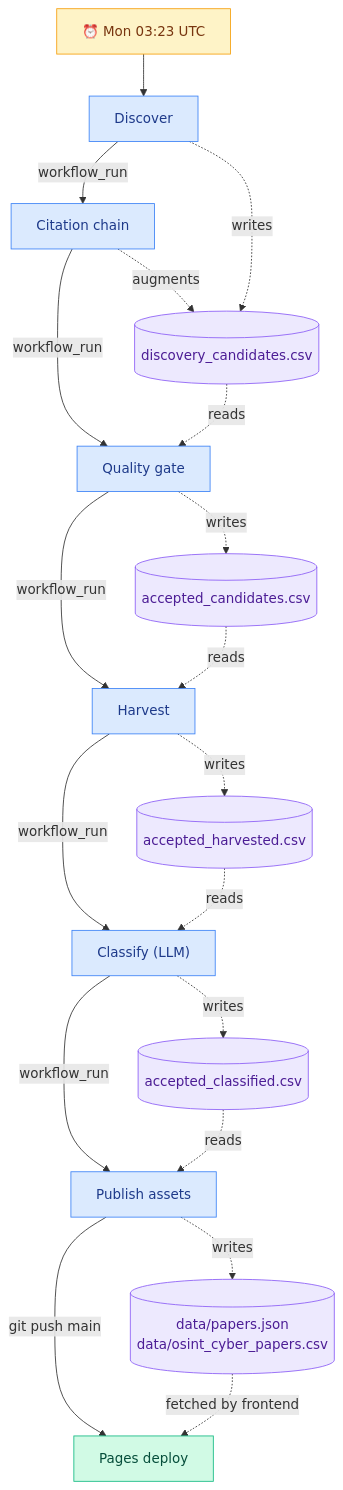
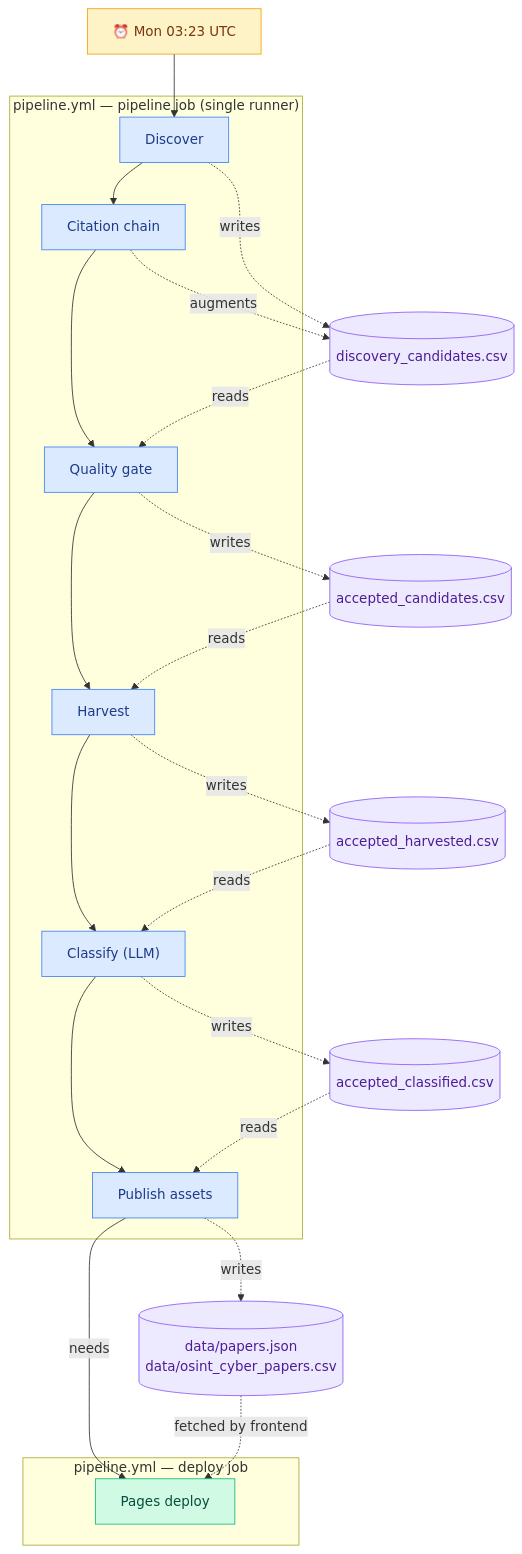
The diagram in README.md (RISEInfoSec/Alex), drawn with Mermaid before and after one commit. The commit also changed other lines of this file and 7 other files, not shown here.

First line of the commit message:
workflows: unify the pipeline into one workflow with sequential steps

````diff
--- a/README.md
+++ b/README.md
@@ -174,44 +172,44 @@
 ```mermaid
 flowchart TB
     classDef cron fill:#fef3c7,stroke:#f59e0b,color:#78350f
-    classDef wf fill:#dbeafe,stroke:#3b82f6,color:#1e3a8a
+    classDef step fill:#dbeafe,stroke:#3b82f6,color:#1e3a8a
     classDef data fill:#ede9fe,stroke:#8b5cf6,color:#4c1d95
     classDef deploy fill:#d1fae5,stroke:#10b981,color:#064e3b
 
     cronMon["⏰ Mon 03:23 UTC"]:::cron
 
-    discover["Discover"]:::wf
-    citation["Citation chain"]:::wf
-    quality["Quality gate"]:::wf
-    harvest["Harvest"]:::wf
-    classify["Classify (LLM)"]:::wf
-    publish["Publish assets"]:::wf
-    pages["Pages deploy"]:::deploy
+    subgraph pipeline_job["pipeline.yml — pipeline job (single runner)"]
+        discover["Discover"]:::step
+        citation["Citation chain"]:::step
+        quality["Quality gate"]:::step
+        harvest["Harvest"]:::step
+        classify["Classify (LLM)"]:::step
+        publish["Publish assets"]:::step
+    end
+
+    subgraph deploy_job["pipeline.yml — deploy job"]
+        pages["Pages deploy"]:::deploy
+    end
 
     dc[("discovery_candidates.csv")]:::data
     ac[("accepted_candidates.csv")]:::data
     ah[("accepted_harvested.csv")]:::data
     acl[("accepted_classified.csv")]:::data
     site[("data/papers.json<br/>data/osint_cyber_papers.csv")]:::data
 
     cronMon --> discover
-
-    discover -- workflow_run --> citation
-    citation -- workflow_run --> quality
-    quality -- workflow_run --> harvest
-    harvest -- workflow_run --> classify
-    classify -- workflow_run --> publish
-    publish -- "git push main" --> pages
+    discover --> citation --> quality --> harvest --> classify --> publish
+    publish -- needs --> pages
 
     discover -.writes.-> dc
     citation -.augments.-> dc
     dc -.reads.-> quality
     quality -.writes.-> ac
     ac -.reads.-> harvest
     harvest -.writes.-> ah
     ah -.reads.-> classify
     classify -.writes.-> acl
     acl -.reads.-> publish
     publish -.writes.-> site
     site -.fetched by frontend.-> pages
 ```
````
